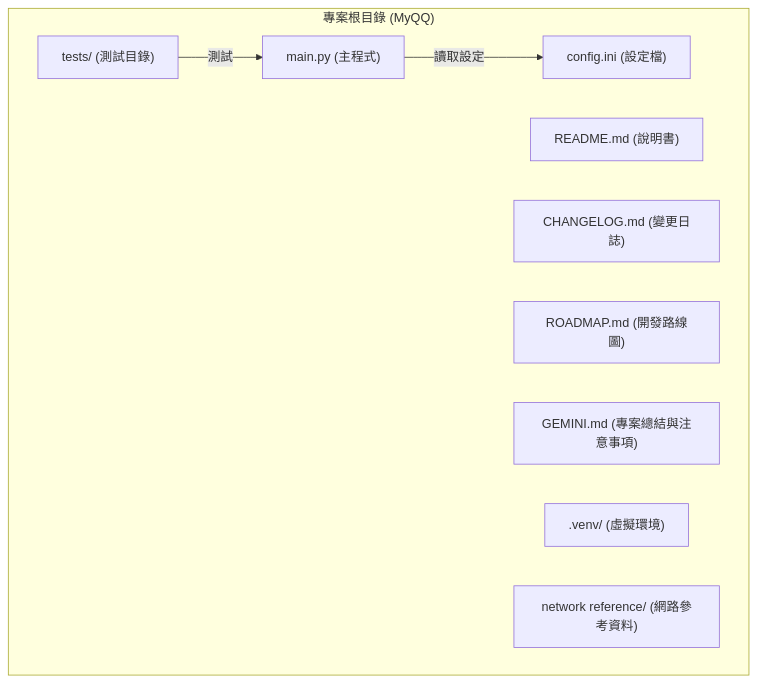
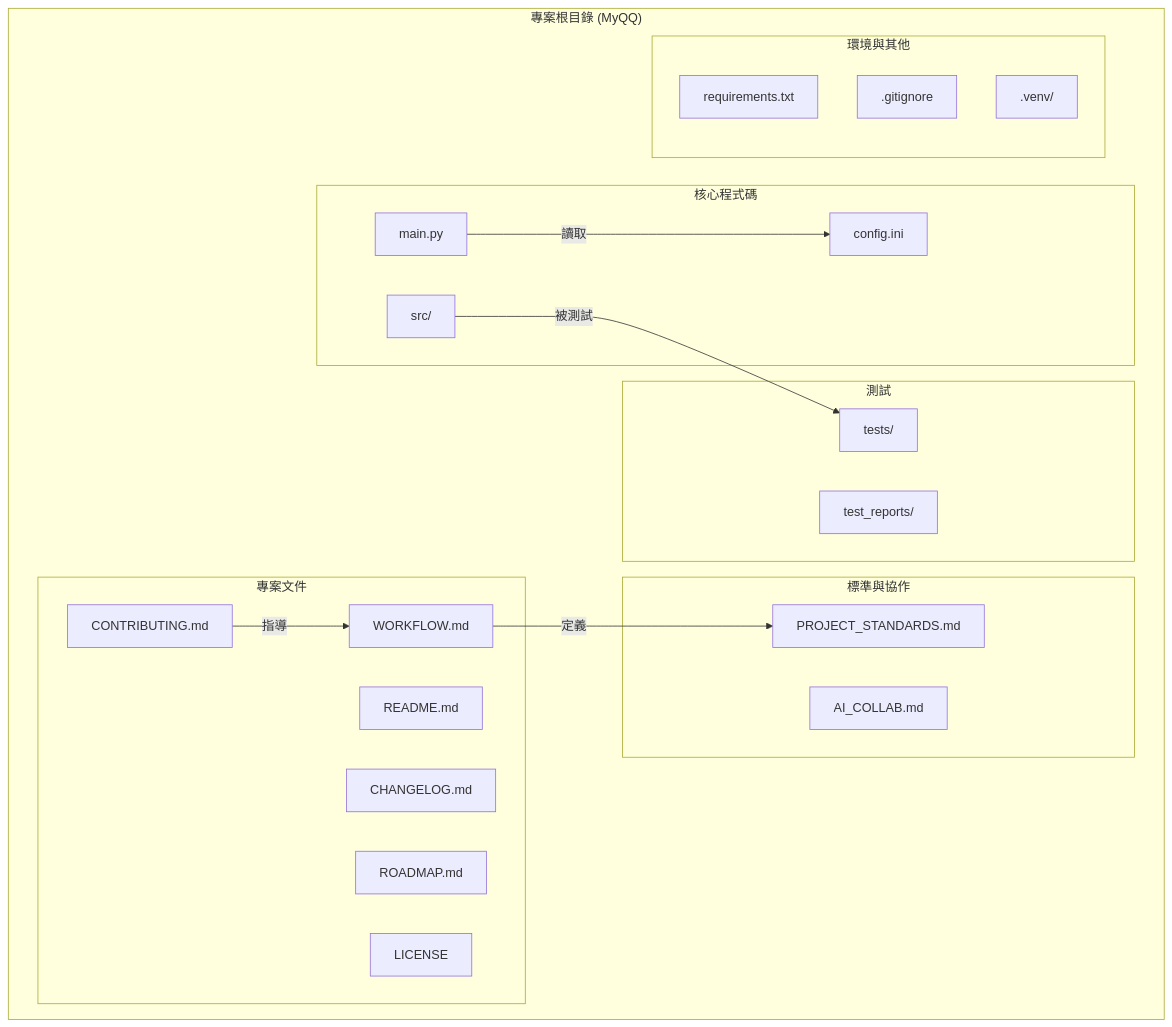
Before and after one commit to ChingHaoHuang/Network_Switcher: the diagram in README.md, drawn with Mermaid. The commit also changed 2 other files, not shown here.

Commit message:
docs(fix): 同步所有文件中的命名與架構圖
本次提交旨在修正文件體系中的微小不一致，確保所有文件內容完全同步。

1.  **更新 `PROJECT_STANDARDS.md`**:
    - 將其中所有對舊文件名 `GEMINI.md` 的引用，
      更新為新的、通用的 `AI_COLLAB.md`。

2.  **更新 `README.md`**:
    - 重新繪製了專案架構的 Mermaid 圖，使其能準確反映
      當前所有文件（包括 `LICENSE`, `CONTRIBUTING.md` 等）
      的最新結構。

````diff
--- a/README.md
+++ b/README.md
@@ -14,18 +14,37 @@
 ```mermaid
 graph TD
     subgraph "專案根目錄 (MyQQ)"
-        A["main.py (主程式)"]
-        B["config.ini (設定檔)"]
-        C["tests/ (測試目錄)"]
-        D["README.md (說明書)"]
-        E["CHANGELOG.md (變更日誌)"]
-        F["ROADMAP.md (開發路線圖)"]
-        H["GEMINI.md (專案總結與注意事項)"]
-        I[".venv/ (虛擬環境)"]
-        J["network reference/ (網路參考資料)"]
+        direction LR
+        subgraph "核心程式碼"
+            A["main.py"]
+            B["config.ini"]
+            C["src/"]
+        end
+        subgraph "測試"
+            D["tests/"]
+            E["test_reports/"]
+        end
+        subgraph "專案文件"
+            F["README.md"]
+            G["CONTRIBUTING.md"]
+            H["CHANGELOG.md"]
+            I["ROADMAP.md"]
+            J["WORKFLOW.md"]
+            K["LICENSE"]
+        end
+        subgraph "標準與協作"
+            L["PROJECT_STANDARDS.md"]
+            M["AI_COLLAB.md"]
+        end
+        subgraph "環境與其他"
+            N["requirements.txt"]
+            O[".gitignore"]
+            P[".venv/"]
+        end
     end
 
-    A -- "讀取設定" --> B
-    C -- "測試" --> A
-
+    C -- "被測試" --> D
+    A -- "讀取" --> B
+    J -- "定義" --> L
+    G -- "指導" --> J
 ```
````
